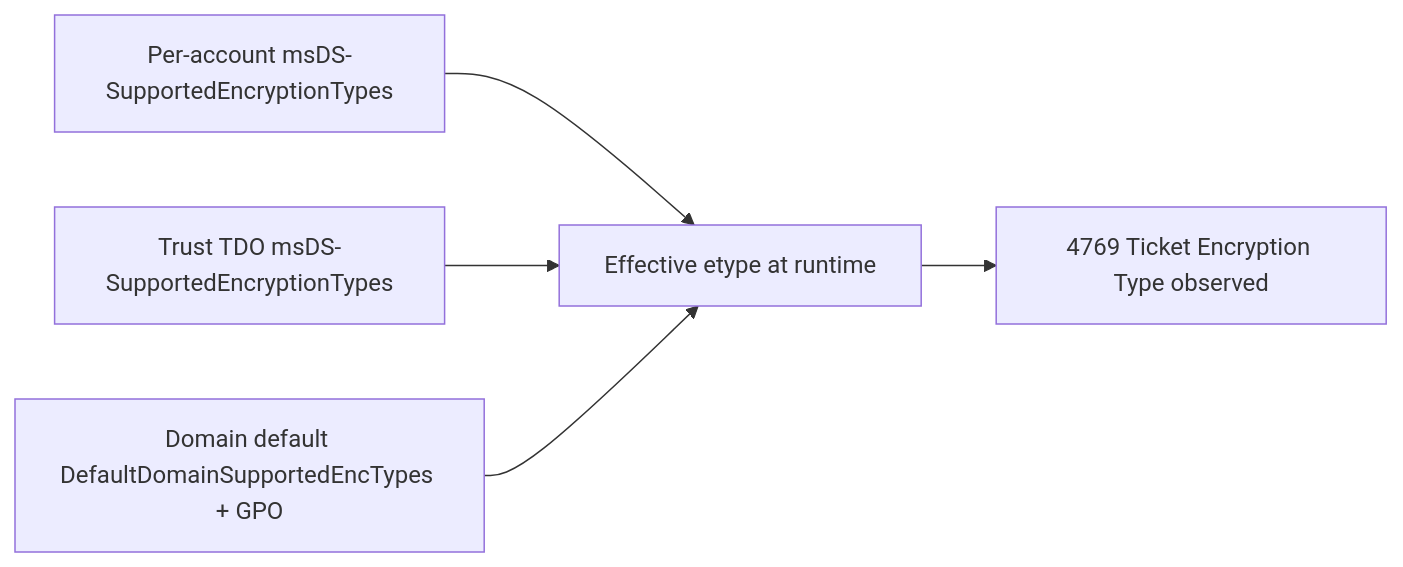
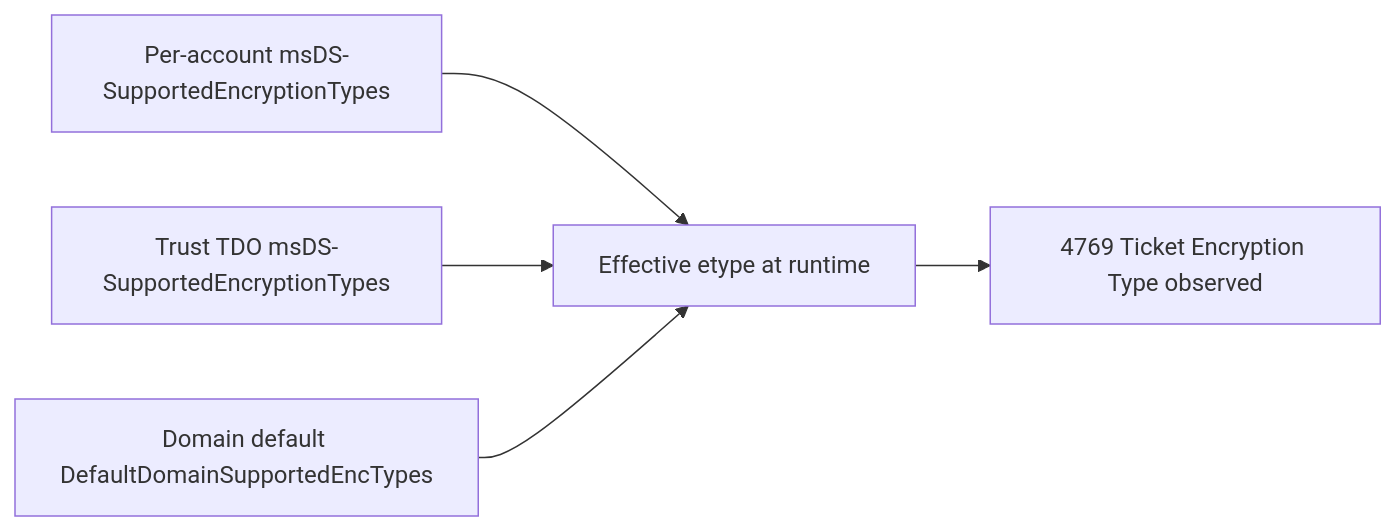
Before and after one commit to 0xMati/Tech-Blog: the first of 2 diagrams in 060 - Active Directory/Hardening/RC4 Hardening/3. Remediation, AES Migration, Cutover, and RC4 Extinction.md, drawn with Mermaid. The commit also changed other lines of this file, not shown here.

````diff
--- a/060 - Active Directory/Hardening/RC4 Hardening/3. Remediation, AES Migration, Cutover, and RC4 Extinction.md
+++ b/060 - Active Directory/Hardening/RC4 Hardening/3. Remediation, AES Migration, Cutover, and RC4 Extinction.md
@@ -54,7 +61,7 @@
 ```mermaid
 flowchart LR
 	A[Per-account msDS-SupportedEncryptionTypes] --> D[Effective etype at runtime]
 	B[Trust TDO msDS-SupportedEncryptionTypes] --> D
-	C[Domain default DefaultDomainSupportedEncTypes + GPO] --> D
+	C[Domain default DefaultDomainSupportedEncTypes] --> D
 	D --> E[4769 Ticket Encryption Type observed]
 ```
````
